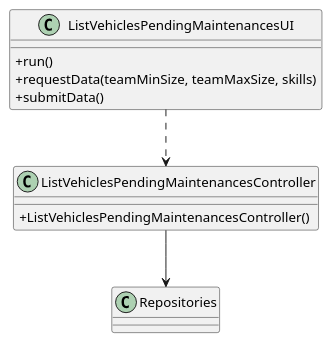
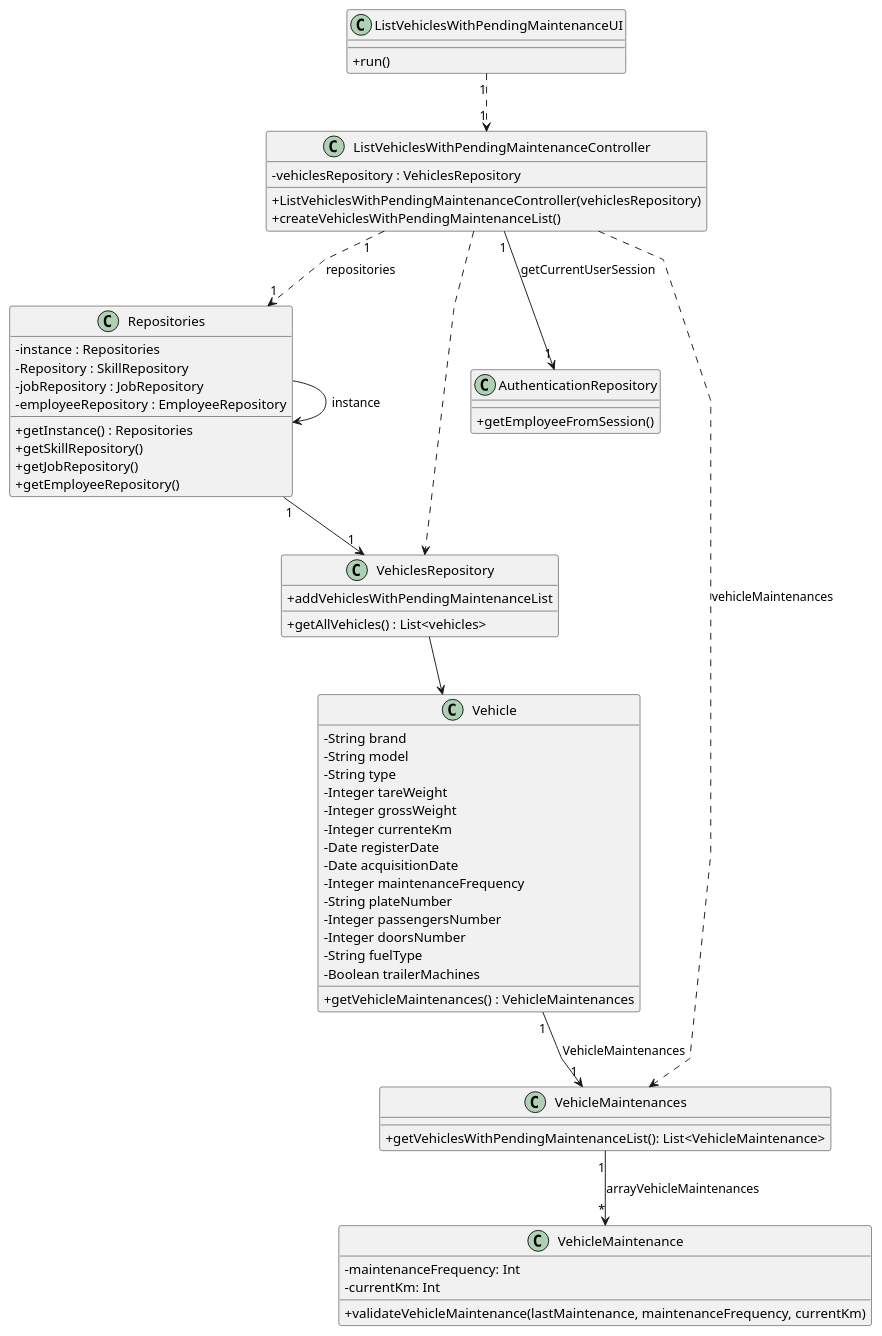
Before and after one commit to Paulo-Pereira-at-ISEP/lei-24-s2-1nanb-g321: the diagram in docs/sprintB/us08/03.design/puml/us08-class-diagram.puml, drawn with PlantUML. The commit also changed 34 other files, not shown here.

```diff
--- a/docs/sprintB/us08/03.design/puml/us08-class-diagram.puml
+++ b/docs/sprintB/us08/03.design/puml/us08-class-diagram.puml
@@ -1,29 +1,97 @@
 @startuml
 'skinparam monochrome true
 skinparam packageStyle rectangle
 skinparam shadowing false
 skinparam linetype polyline
 'skinparam linetype orto
 
 skinparam classAttributeIconSize 0
 
 'left to right direction
 
-class ListVehiclesPendingMaintenancesUI {
-    +run()
-    +requestData(teamMinSize, teamMaxSize, skills)
-    +submitData()
+class ListVehiclesWithPendingMaintenanceController {
+    -vehiclesRepository : VehiclesRepository
+
+    +ListVehiclesWithPendingMaintenanceController(vehiclesRepository)
+    + createVehiclesWithPendingMaintenanceList()
+
 }
 
-class ListVehiclesPendingMaintenancesController{
-+ListVehiclesPendingMaintenancesController()
+
+class ListVehiclesWithPendingMaintenanceUI {
+    +run()
 }
 
+
 class Repositories{
+    - instance : Repositories
+    - Repository : SkillRepository
+    - jobRepository : JobRepository
+    - employeeRepository : EmployeeRepository
+
+
+    + getInstance() : Repositories
+    + getSkillRepository()
+    + getJobRepository()
+    + getEmployeeRepository()
 }
 
-ListVehiclesPendingMaintenancesUI ..> ListVehiclesPendingMaintenancesController
+class VehiclesRepository{
+    +getAllVehicles() : List<vehicles>
+    +addVehiclesWithPendingMaintenanceList
+}
 
-ListVehiclesPendingMaintenancesController --> Repositories
+class AuthenticationRepository{
+    + getEmployeeFromSession()
+}
+
+class Vehicle {
+    - String brand
+    - String model
+    - String type
+    - Integer tareWeight
+    - Integer grossWeight
+    - Integer currenteKm
+    - Date registerDate
+    - Date acquisitionDate
+    - Integer maintenanceFrequency
+    - String plateNumber
+    - Integer passengersNumber
+    - Integer doorsNumber
+    - String fuelType
+    - Boolean trailerMachines
+
+    +getVehicleMaintenances() : VehicleMaintenances
+}
+
+class VehicleMaintenance{
+-maintenanceFrequency: Int
+-currentKm: Int
+
++validateVehicleMaintenance(lastMaintenance, maintenanceFrequency, currentKm)
+
+}
+
+class VehicleMaintenances{
++getVehiclesWithPendingMaintenanceList(): List<VehicleMaintenance>
+
+}
+
+
+ListVehiclesWithPendingMaintenanceUI "1" ..> "1" ListVehiclesWithPendingMaintenanceController
+
+Vehicle "1" --> "1" VehicleMaintenances: VehicleMaintenances
+
+VehicleMaintenances "1" --> "*" VehicleMaintenance: arrayVehicleMaintenances
+
+Repositories -> Repositories : instance
+Repositories "1" --> "1" VehiclesRepository
+
+VehiclesRepository --> Vehicle
+
+ListVehiclesWithPendingMaintenanceController ..> VehicleMaintenances : vehicleMaintenances
+ListVehiclesWithPendingMaintenanceController ..> VehiclesRepository
+ListVehiclesWithPendingMaintenanceController "1" ..> "1" Repositories : repositories
+ListVehiclesWithPendingMaintenanceController "1" --> "1" AuthenticationRepository : getCurrentUserSession
 
 @enduml
```
